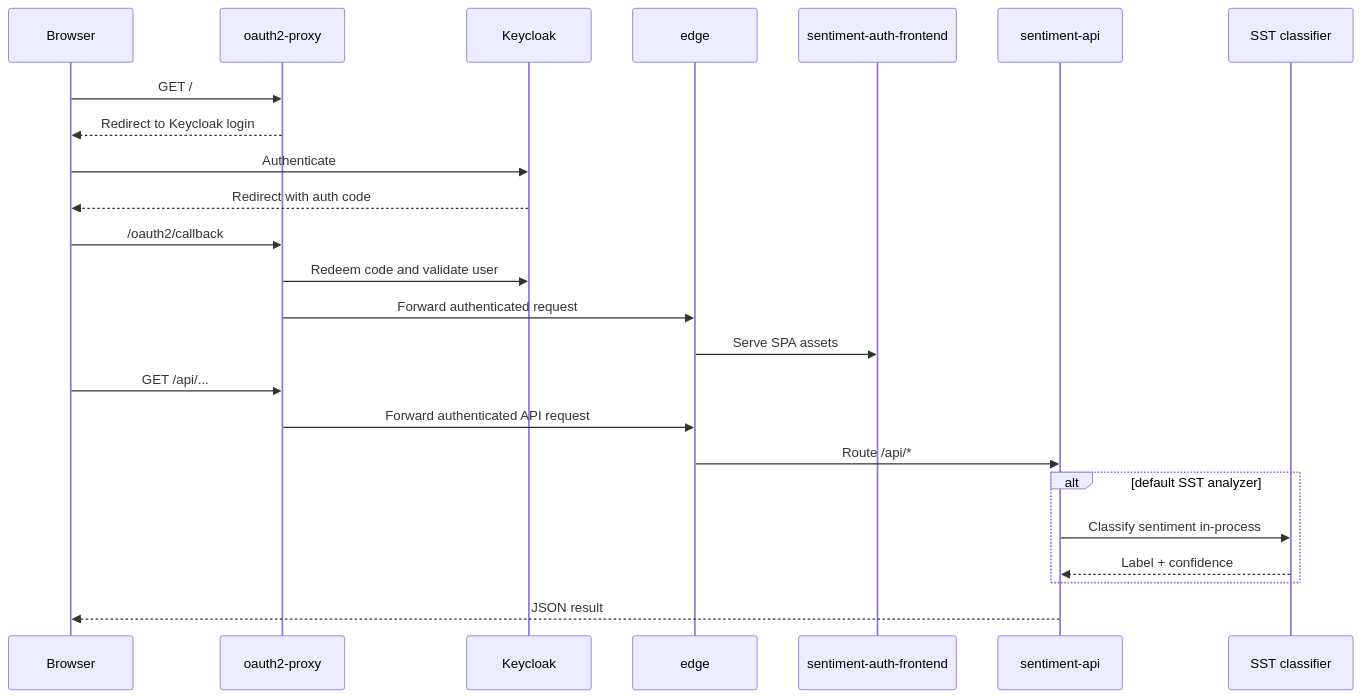
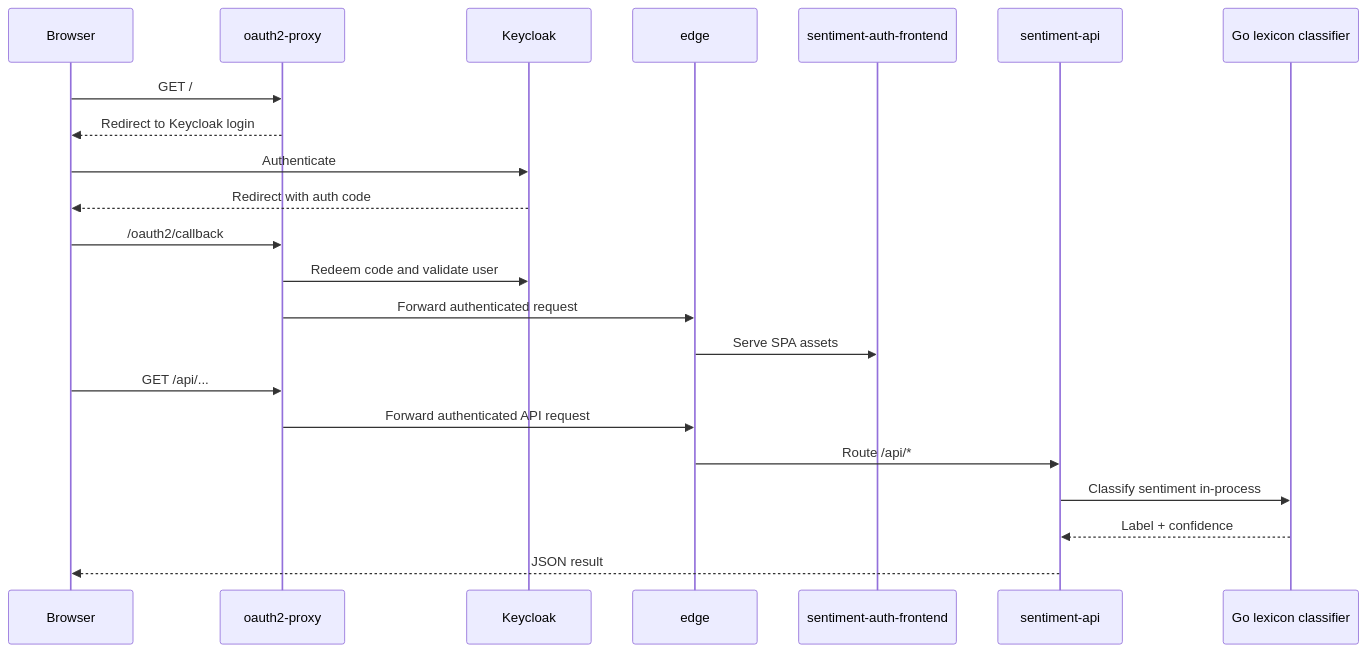
One commit to nickromney/platform changed the third of 4 diagrams in apps/sentiment/docs/COMPOSE-ARCHITECTURE.md. Above: the diagram before and after it, drawn with Mermaid. The commit also changed other lines of this file and 214 other files, not shown here.

````diff
--- a/apps/sentiment/docs/COMPOSE-ARCHITECTURE.md
+++ b/apps/sentiment/docs/COMPOSE-ARCHITECTURE.md
@@ -72,28 +68,26 @@
 ```mermaid
 sequenceDiagram
     participant B as Browser
     participant O as oauth2-proxy
     participant K as Keycloak
     participant E as edge
     participant UI as sentiment-auth-frontend
     participant API as sentiment-api
-    participant S as SST classifier
+    participant C as Go lexicon classifier
 
     B->>O: GET /
     O-->>B: Redirect to Keycloak login
     B->>K: Authenticate
     K-->>B: Redirect with auth code
     B->>O: /oauth2/callback
     O->>K: Redeem code and validate user
     O->>E: Forward authenticated request
     E->>UI: Serve SPA assets
 
     B->>O: GET /api/...
     O->>E: Forward authenticated API request
     E->>API: Route /api/*
-    alt default SST analyzer
-        API->>S: Classify sentiment in-process
-        S-->>API: Label + confidence
-    end
+    API->>C: Classify sentiment in-process
+    C-->>API: Label + confidence
     API-->>B: JSON result
 ```
````
